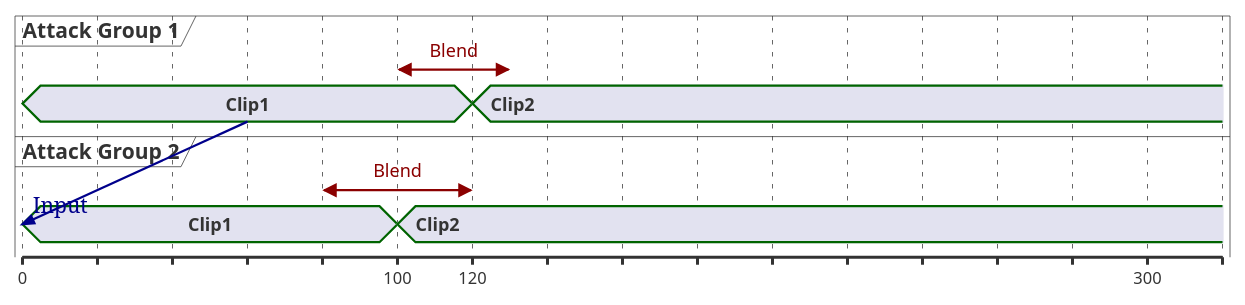
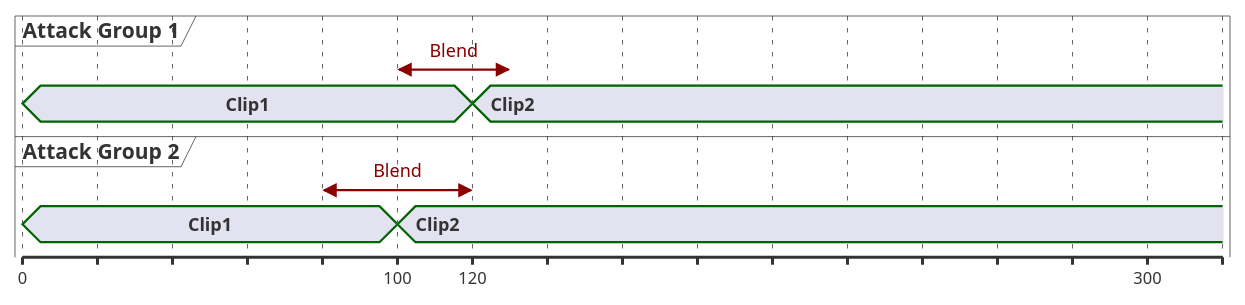
One commit to IAFahim/PlayableLearn changed the diagram in Assets/GamePlan.puml. Above: the diagram before and after it, drawn with PlantUML. The commit also changed 2 other files, not shown here.

```diff
--- a/Assets/GamePlan.puml
+++ b/Assets/GamePlan.puml
@@ -1,21 +1,20 @@
 @startuml
 
 concise "Attack Group 1" as A1
 concise "Attack Group 2" as A2
 
 @0
 
 @A1
 0 is Clip1
 @100 <-> @130 : Blend
 120 is Clip2
 
 @A2
 0 is Clip1
 @80 <-> @120 : Blend
 100 is Clip2
 
-A1@60 --> A2@0 : Input
 
 @300
 @enduml
```
